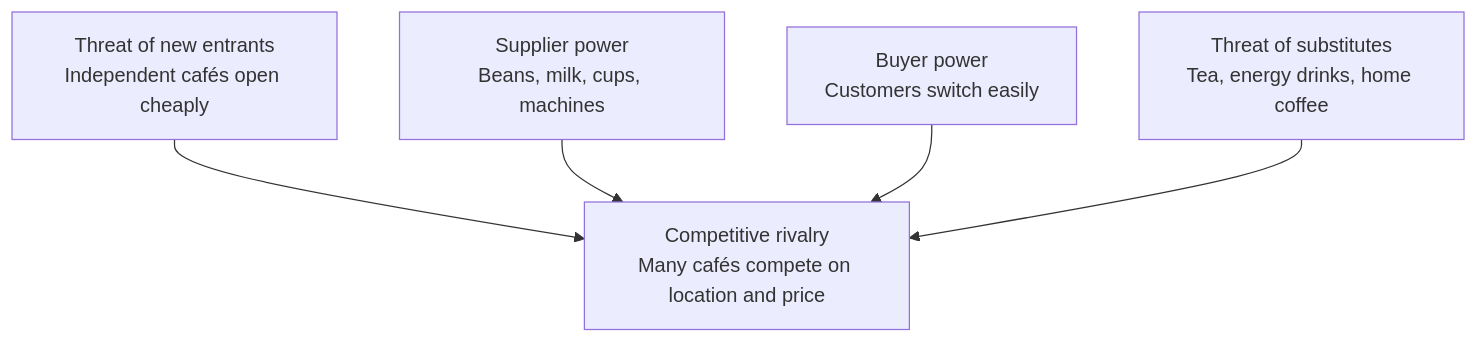
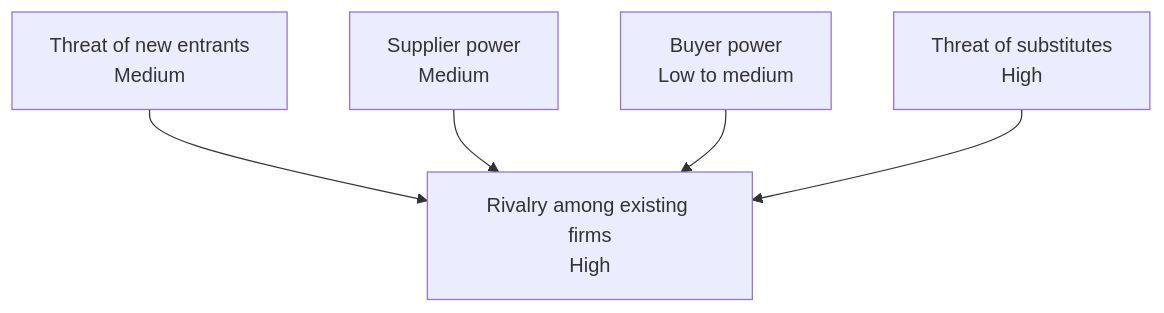
The diagram in eval/figure/generated/haiku/b-five-forces.md (vrevolverrr/vicher), drawn with Mermaid before and after one commit. The commit also changed other lines of this file and 145 other files, not shown here.

First line of the commit message:
fix(figure): renderer defects found in the figure rating (#14)

````diff
--- a/eval/figure/generated/haiku/b-five-forces.md
+++ b/eval/figure/generated/haiku/b-five-forces.md
@@ -1,12 +1,12 @@
 ```mermaid
 flowchart TB
-    NE["Threat of new entrants<br/>Independent cafés open cheaply"]
-    SP["Supplier power<br/>Beans, milk, cups, machines"]
-    BP["Buyer power<br/>Customers switch easily"]
-    SU["Threat of substitutes<br/>Tea, energy drinks, home coffee"]
-    RV["Competitive rivalry<br/>Many cafés compete on location and price"]
-    NE --> RV
-    SP --> RV
-    BP --> RV
-    SU --> RV
+    NE["Threat of new entrants<br/>Medium"]
+    SUP["Supplier power<br/>Medium"]
+    BUY["Buyer power<br/>Low to medium"]
+    SUB["Threat of substitutes<br/>High"]
+    RIV["Rivalry among existing firms<br/>High"]
+    NE --> RIV
+    SUP --> RIV
+    BUY --> RIV
+    SUB --> RIV
 ```
````
